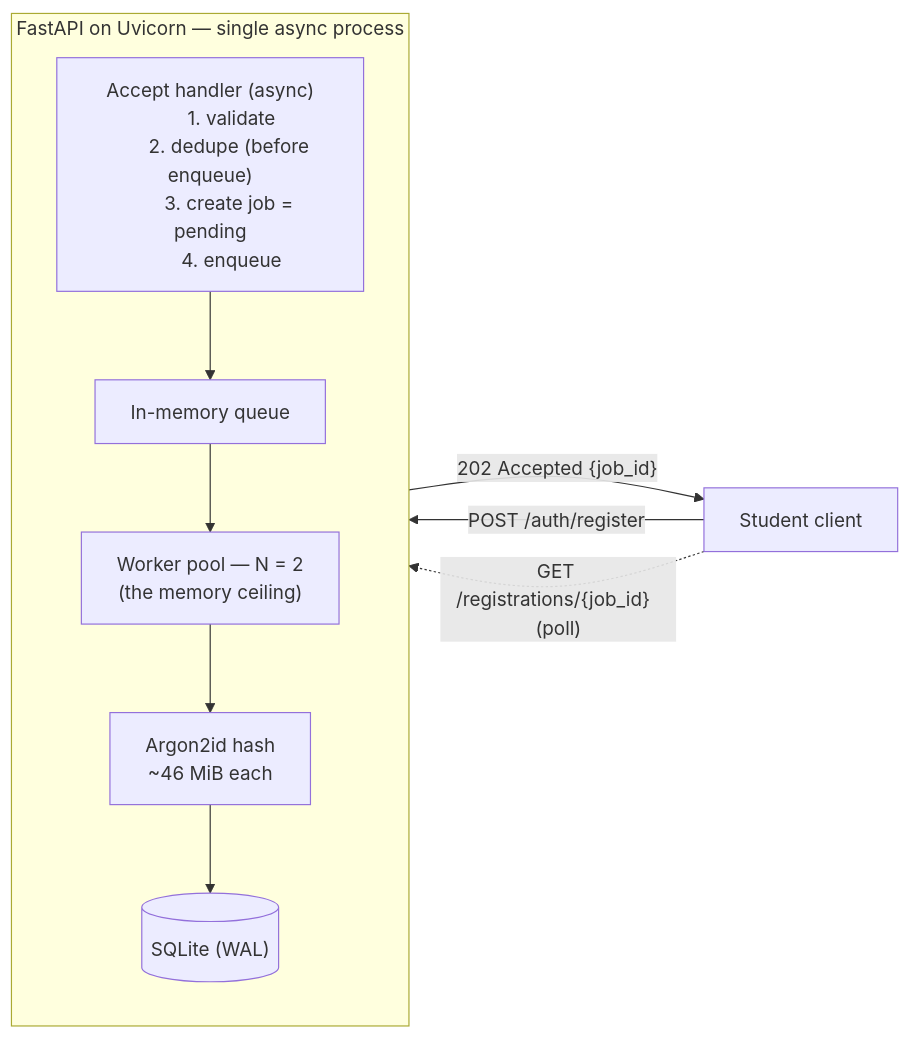
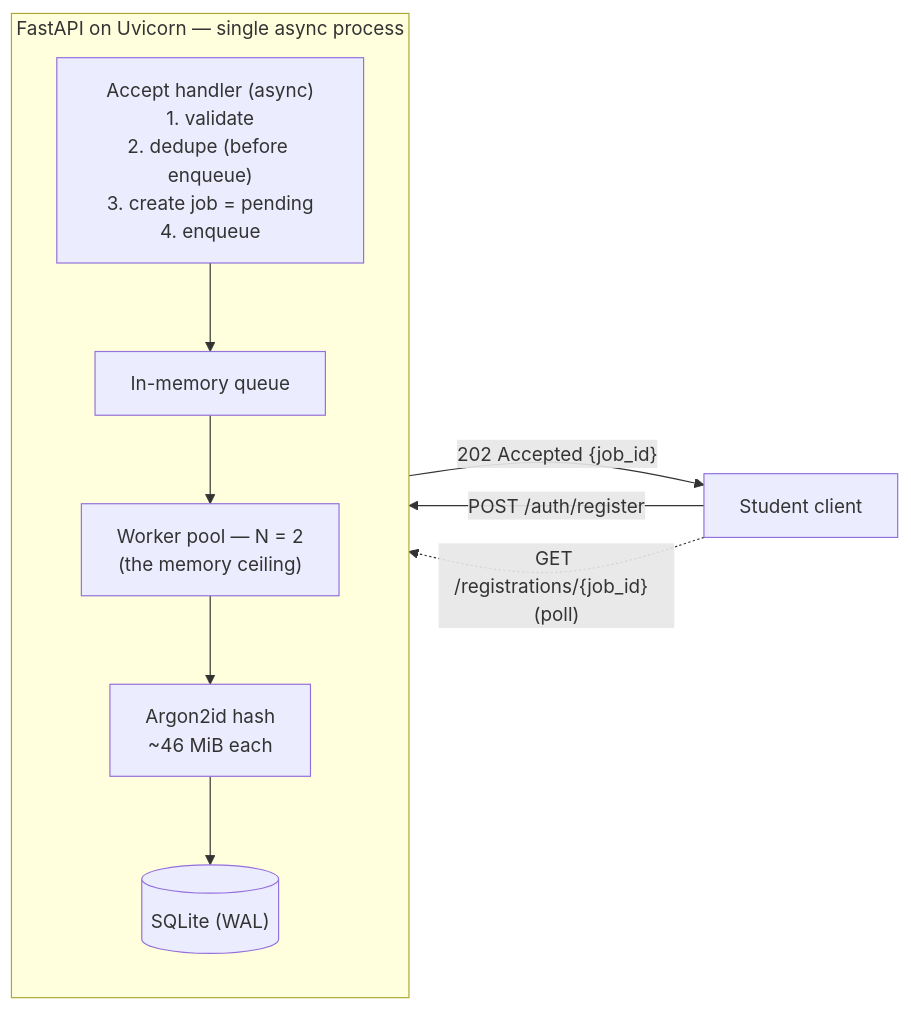
The first of 2 diagrams in SCALE.md (TheClazer/techfest-registration-backend), drawn with Mermaid before and after one commit.

Commit message:
Fix Mermaid node labels to use <br/> for reliable GitHub rendering

````diff
--- a/SCALE.md
+++ b/SCALE.md
@@ -115,24 +115,18 @@
 ```mermaid
 flowchart LR
     C["Student client"]
 
     subgraph API["FastAPI on Uvicorn — single async process"]
         direction TB
-        A["Accept handler (async)
-        1. validate
-        2. dedupe (before enqueue)
-        3. create job = pending
-        4. enqueue"]
+        A["Accept handler (async)<br/>1. validate<br/>2. dedupe (before enqueue)<br/>3. create job = pending<br/>4. enqueue"]
         Q["In-memory queue"]
-        WP["Worker pool — N = 2
-        (the memory ceiling)"]
-        H["Argon2id hash
-        ~46 MiB each"]
+        WP["Worker pool — N = 2<br/>(the memory ceiling)"]
+        H["Argon2id hash<br/>~46 MiB each"]
         DB[("SQLite (WAL)")]
         A --> Q --> WP --> H --> DB
     end
 
     C -- "POST /auth/register" --> A
     A -- "202 Accepted {job_id}" --> C
     C -. "GET /registrations/{job_id}  (poll)" .-> A
 ```
````
